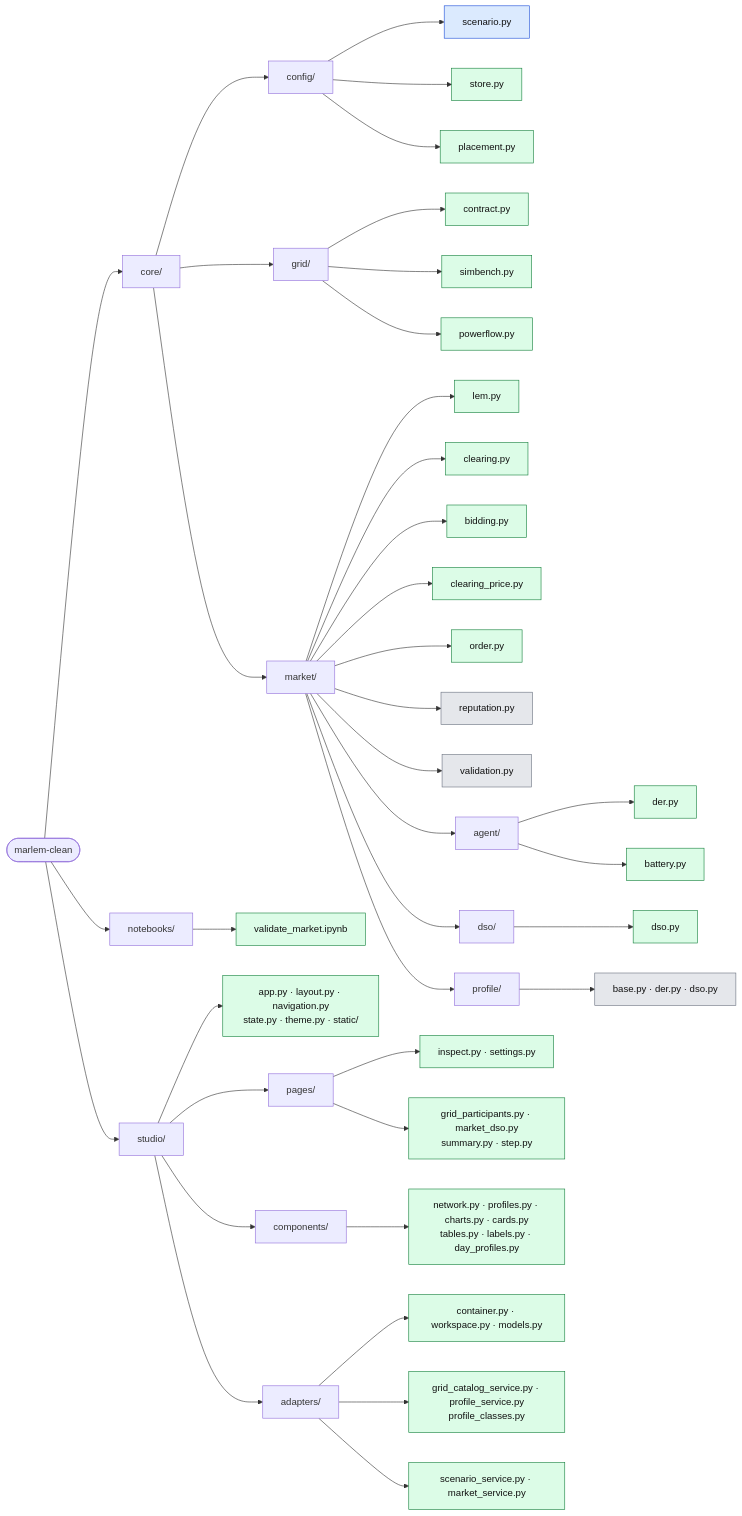
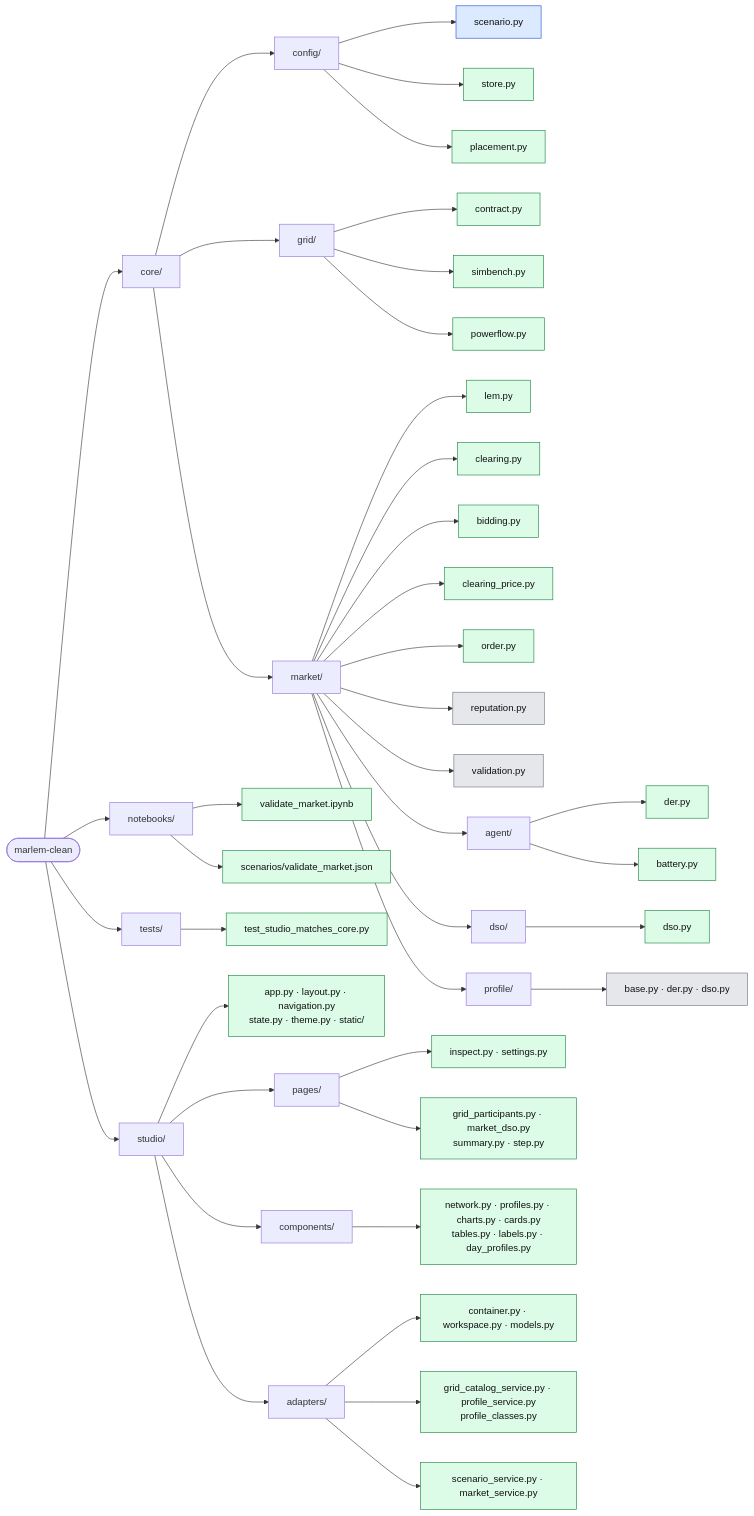
The diagram in docs/structure.md (KevinRapo/P2P-thesis), drawn with Mermaid before and after one commit. The commit also changed other lines of this file and 7 other files, not shown here.

````diff
--- a/docs/structure.md
+++ b/docs/structure.md
@@ -14,52 +14,56 @@
 ```mermaid
 flowchart LR
   root(["marlem-clean"])
 
   root --> core["core/"]
 
   core --> config["config/"]
   config --> c1["scenario.py"]:::data
   config --> c2["store.py"]:::done
   config --> c3["placement.py"]:::done
 
   core --> grid["grid/"]
   grid --> g1["contract.py"]:::done
   grid --> g2["simbench.py"]:::done
   grid --> g3["powerflow.py"]:::done
 
   core --> market["market/"]
   market --> m1["lem.py"]:::done
   market --> m7["clearing.py"]:::done
   market --> m8["bidding.py"]:::done
   market --> m4["clearing_price.py"]:::done
   market --> m2["order.py"]:::done
   market --> m5["reputation.py"]:::orig
   market --> m6["validation.py"]:::orig
   market --> agent["agent/"]
   agent --> a1["der.py"]:::done
   agent --> a2["battery.py"]:::done
   market --> dso["dso/"]
   dso --> d1["dso.py"]:::done
   market --> profile["profile/"]
   profile --> p1["base.py · der.py · dso.py"]:::orig
 
   root --> notebooks["notebooks/"]
   notebooks --> n1["validate_market.ipynb"]:::done
+  notebooks --> n2["scenarios/validate_market.json"]:::done
+
+  root --> tests["tests/"]
+  tests --> x1["test_studio_matches_core.py"]:::done
 
   root --> studio["studio/"]
   studio --> t1["app.py · layout.py · navigation.py<br/>state.py · theme.py · static/"]:::done
   studio --> pages["pages/"]
   pages --> pg1["inspect.py · settings.py"]:::done
   pages --> pg2["grid_participants.py · market_dso.py<br/>summary.py · step.py"]:::done
   studio --> comps["components/"]
   comps --> k1["network.py · profiles.py · charts.py · cards.py<br/>tables.py · labels.py · day_profiles.py"]:::done
   studio --> adapters["adapters/"]
   adapters --> v1["container.py · workspace.py · models.py"]:::done
   adapters --> v2["grid_catalog_service.py · profile_service.py<br/>profile_classes.py"]:::done
   adapters --> v3["scenario_service.py · market_service.py"]:::done
 
   classDef done fill:#dcfce7,stroke:#15803d,color:#111
   classDef data fill:#dbeafe,stroke:#1d4ed8,color:#111
   classDef stub fill:#fef3c7,stroke:#b45309,color:#111
   classDef orig fill:#e5e7eb,stroke:#6b7280,color:#111
 ```
````
